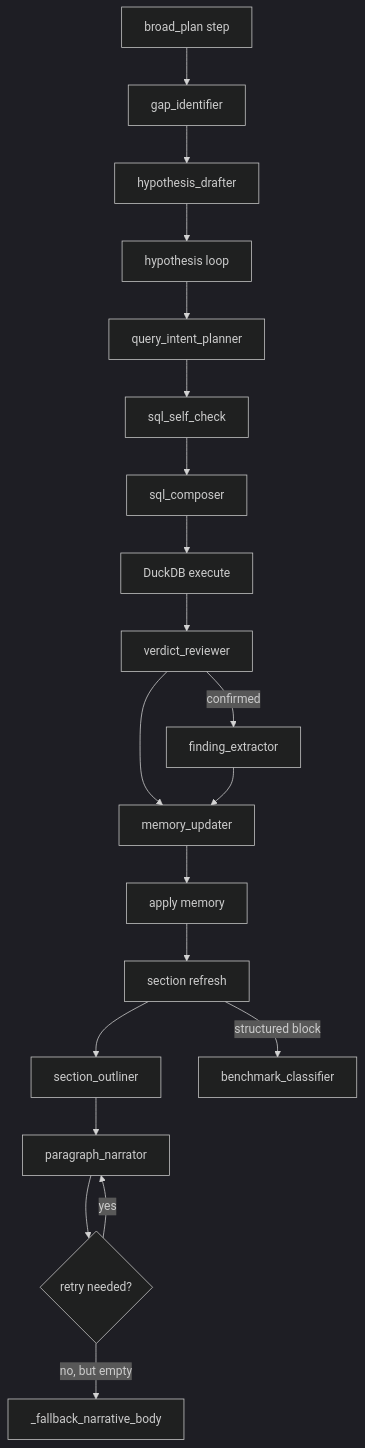
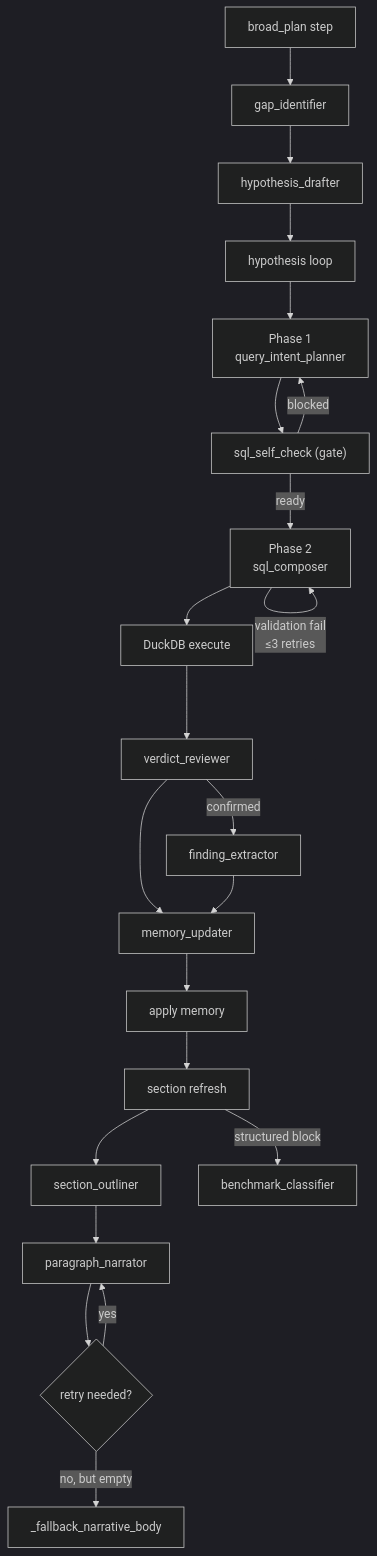
One commit to sumeshi/forensia changed the diagram in docs/llm-roles.md. Above: the diagram before and after it, drawn with Mermaid (dark theme). The commit also changed other lines of this file and 71 other files, not shown here.

````diff
--- a/docs/llm-roles.md
+++ b/docs/llm-roles.md
@@ -139,22 +139,24 @@
 ```mermaid
 flowchart TD
     A["broad_plan step"] --> B[gap_identifier]
     B --> C[hypothesis_drafter]
     C --> D["hypothesis loop"]
-    D --> E[query_intent_planner]
-    E --> F[sql_self_check]
-    F --> G[sql_composer]
+    D --> E["Phase 1<br/>query_intent_planner"]
+    E --> F["sql_self_check (gate)"]
+    F -->|blocked| E
+    F -->|ready| G["Phase 2<br/>sql_composer"]
+    G -->|validation fail<br/>≤3 retries| G
     G --> H["DuckDB execute"]
     H --> I[verdict_reviewer]
     I -->|confirmed| J[finding_extractor]
     I --> K[memory_updater]
     J --> K
     K --> L["apply memory"]
     L --> M["section refresh"]
     M --> N[section_outliner]
     N --> O[paragraph_narrator]
     O --> P{retry needed?}
     P -->|yes| O
     P -->|no, but empty| Q[_fallback_narrative_body]
     M -->|structured block| R[benchmark_classifier]
 ```
````
